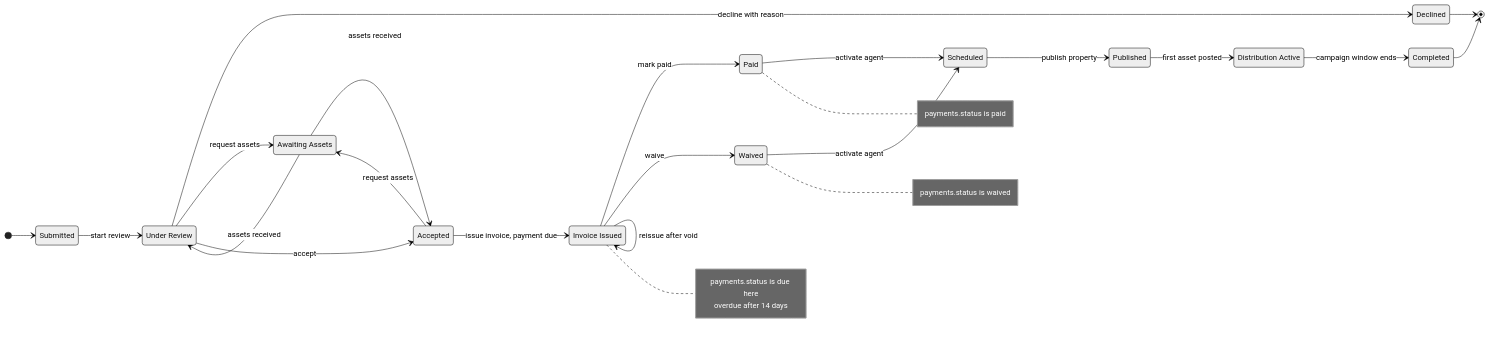
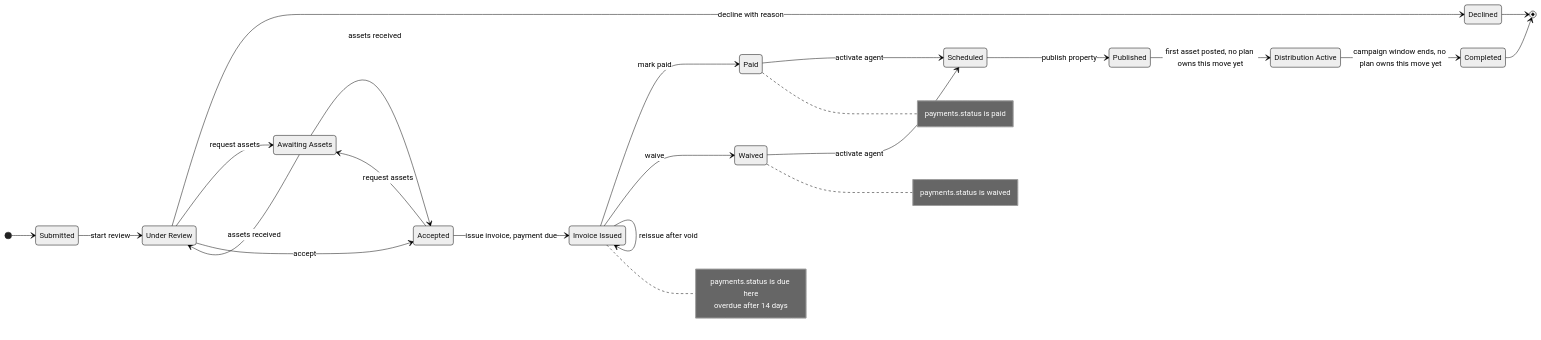
One commit to AbdulrahmanAmer/matter-of-place changed the first of 3 diagrams in workspace/03-diagrams/plans-b.md. Above: the diagram before and after it, drawn with Mermaid (neutral theme). The commit also changed other lines of this file and 104 other files, not shown here.

First line of the commit message:
Traceability audit rounds 5 and 6; diagrams brought in line with the plans; rulings G58 to G65

````diff
--- a/workspace/03-diagrams/plans-b.md
+++ b/workspace/03-diagrams/plans-b.md
@@ -11,37 +11,37 @@
 ```mermaid
 stateDiagram-v2
   direction LR
   [*] --> Submitted
   Submitted --> UnderReview: start review
   UnderReview --> Declined: decline with reason
   UnderReview --> AwaitingAssets: request assets
   AwaitingAssets --> UnderReview: assets received
   UnderReview --> Accepted: accept
   Accepted --> AwaitingAssets: request assets
   AwaitingAssets --> Accepted: assets received
   Accepted --> InvoiceIssued: issue invoice, payment due
   InvoiceIssued --> Paid: mark paid
   InvoiceIssued --> Waived: waive
   InvoiceIssued --> InvoiceIssued: reissue after void
   Paid --> Scheduled: activate agent
   Waived --> Scheduled: activate agent
   Scheduled --> Published: publish property
-  Published --> DistributionActive: first asset posted
-  DistributionActive --> Completed: campaign window ends
+  Published --> DistributionActive: first asset posted, no plan owns this move yet
+  DistributionActive --> Completed: campaign window ends, no plan owns this move yet
   Declined --> [*]
   Completed --> [*]
   state "Under Review" as UnderReview
   state "Awaiting Assets" as AwaitingAssets
   state "Invoice Issued" as InvoiceIssued
   state "Distribution Active" as DistributionActive
   note right of InvoiceIssued
     payments.status is due here
     overdue after 14 days
   end note
   note right of Paid
     payments.status is paid
   end note
   note right of Waived
     payments.status is waived
   end note
 ```
````
